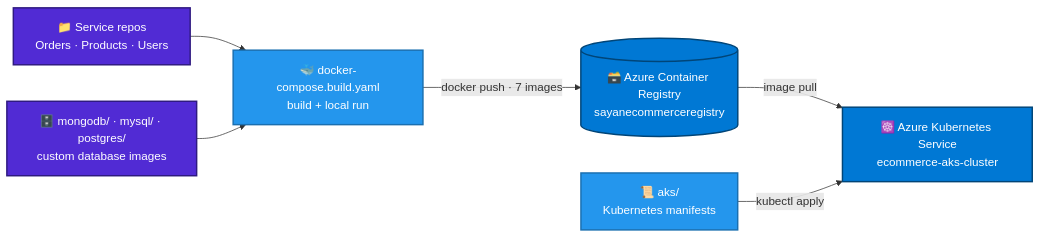
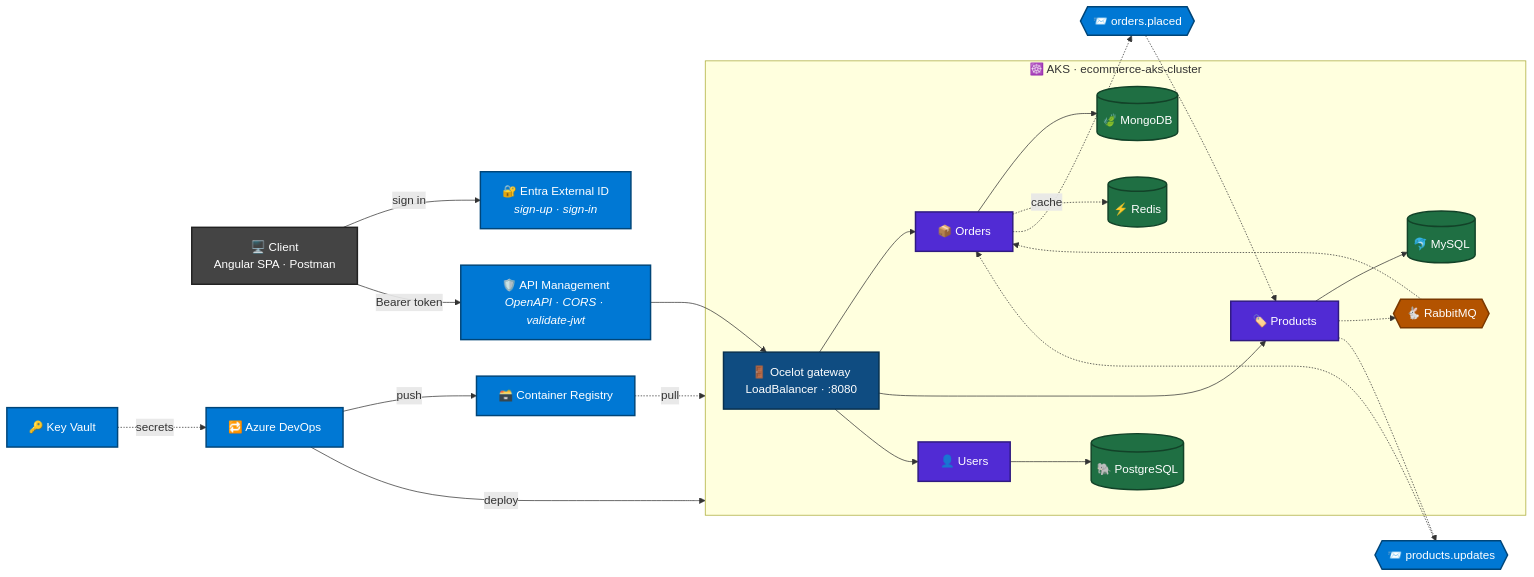
The diagram in README.md (sayanpr8175/ecommerce_microservice_proj_docker_aks_azure_related_files), drawn with Mermaid before and after one commit. The commit also changed other lines of this file, not shown here.

Commit message:
Updating readme with image at the top

````diff
--- a/README.md
+++ b/README.md
@@ -54,22 +309,59 @@
 ```mermaid
 flowchart LR
-    SRC["📁 Service repos<br/>Orders · Products · Users"]
-    DB["🗄️ mongodb/ · mysql/ · postgres/<br/>custom database images"]
-    COMPOSE["🐳 docker-compose.build.yaml<br/>build + local run"]
-    ACR[("🗃️ Azure Container Registry<br/>sayanecommerceregistry")]
-    MAN["📜 aks/<br/>Kubernetes manifests"]
-    AKS["☸️ Azure Kubernetes Service<br/>ecommerce-aks-cluster"]
+    CLIENT["🖥️ Client<br/>Angular SPA · Postman"]
+    ENTRA["🔐 Entra External ID<br/><i>sign-up · sign-in</i>"]
+    APIM["🛡️ API Management<br/><i>OpenAPI · CORS · validate-jwt</i>"]
 
-    SRC --> COMPOSE
-    DB --> COMPOSE
-    COMPOSE -->|"docker push · 7 images"| ACR
-    ACR -->|"image pull"| AKS
-    MAN -->|"kubectl apply"| AKS
+    subgraph AKS["☸️ AKS · ecommerce-aks-cluster"]
+        GW["🚪 Ocelot gateway<br/>LoadBalancer · :8080"]
+        ORD["📦 Orders"]
+        PRD["🏷️ Products"]
+        USR["👤 Users"]
+        MG[("🍃 MongoDB")]
+        MY[("🐬 MySQL")]
+        PG[("🐘 PostgreSQL")]
+        RD[("⚡ Redis")]
+        MQ{{"🐇 RabbitMQ"}}
+    end
 
-    classDef src fill:#512BD4,stroke:#2f1a80,color:#ffffff,stroke-width:2px
+    T1{{"📨 products.updates"}}
+    T2{{"📨 orders.placed"}}
+    ADO["🔁 Azure DevOps"]
+    KV["🔑 Key Vault"]
+    ACR["🗃️ Container Registry"]
+
+    CLIENT -->|"sign in"| ENTRA
+    CLIENT -->|"Bearer token"| APIM
+    APIM --> GW
+    GW --> ORD
+    GW --> PRD
+    GW --> USR
+    ORD --> MG
+    PRD --> MY
+    USR --> PG
+    ORD -.->|"cache"| RD
+    PRD -.-> MQ
+    MQ -.-> ORD
+    PRD -.-> T1
+    T1 -.-> ORD
+    ORD -.-> T2
+    T2 -.-> PRD
+    KV -.->|"secrets"| ADO
+    ADO -->|"push"| ACR
+    ACR -.->|"pull"| AKS
+    ADO -->|"deploy"| AKS
+
+    classDef svc fill:#512BD4,stroke:#2f1a80,color:#ffffff,stroke-width:2px
+    classDef db fill:#1f6f43,stroke:#124228,color:#ffffff,stroke-width:2px
     classDef az fill:#0078D4,stroke:#004578,color:#ffffff,stroke-width:2px
-    classDef tool fill:#2496ED,stroke:#1a6fb0,color:#ffffff,stroke-width:2px
-    class SRC,DB src
-    class ACR,AKS az
-    class COMPOSE,MAN tool
+    classDef edgeNode fill:#0f4c81,stroke:#08304f,color:#ffffff,stroke-width:2px
+    classDef mq fill:#b35300,stroke:#7a3800,color:#ffffff,stroke-width:2px
+    classDef client fill:#444444,stroke:#222222,color:#ffffff,stroke-width:2px
+
+    class ORD,PRD,USR svc
+    class MG,MY,PG,RD db
+    class ENTRA,APIM,T1,T2,ADO,KV,ACR az
+    class GW edgeNode
+    class MQ mq
+    class CLIENT client
 ```
````
